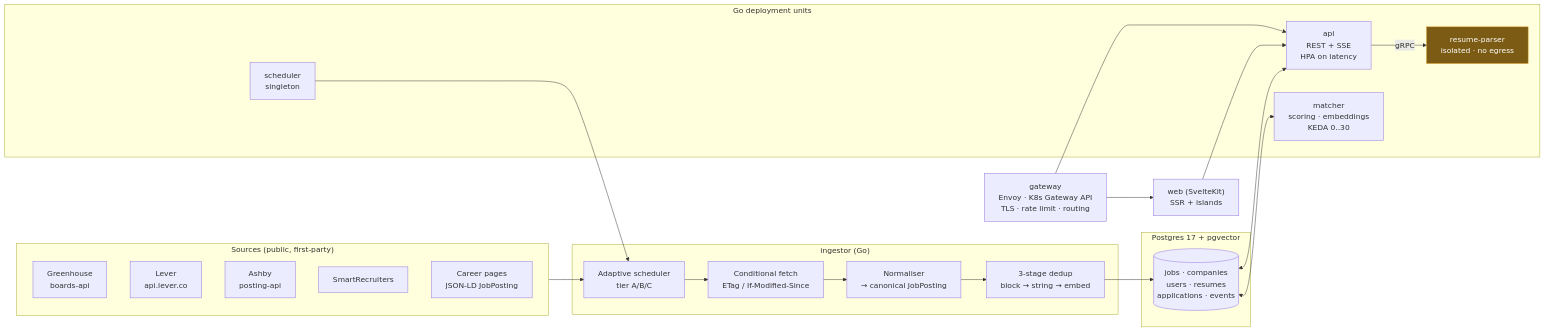
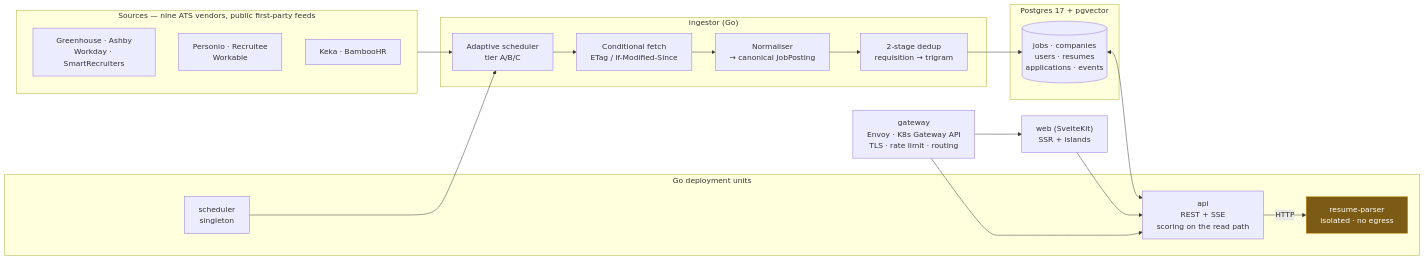
The diagram in README.md (ergodicregulus/jobtrack), drawn with Mermaid before and after one commit. The commit also changed other lines of this file and 10 other files, not shown here.

````diff
--- a/README.md
+++ b/README.md
@@ -67,41 +99,37 @@
 ```mermaid
 flowchart LR
-    subgraph sources["Sources (public, first-party)"]
-        GH["Greenhouse\nboards-api"]
-        LV["Lever\napi.lever.co"]
-        AB["Ashby\nposting-api"]
-        SR["SmartRecruiters"]
-        LD["Career pages\nJSON-LD JobPosting"]
+    subgraph sources["Sources — nine ATS vendors, public first-party feeds"]
+        GH["Greenhouse · Ashby\nWorkday · SmartRecruiters"]
+        EU["Personio · Recruitee\nWorkable"]
+        IN["Keka · BambooHR"]
     end
 
     subgraph ingest["ingestor (Go)"]
         SCHED["Adaptive scheduler\ntier A/B/C"]
         FETCH["Conditional fetch\nETag / If-Modified-Since"]
         NORM["Normaliser\n→ canonical JobPosting"]
-        DEDUP["3-stage dedup\nblock → string → embed"]
+        DEDUP["2-stage dedup\nrequisition → trigram"]
     end
 
     subgraph core["Postgres 17 + pgvector"]
         DB[("jobs · companies\nusers · resumes\napplications · events")]
     end
 
     subgraph svc["Go deployment units"]
-        API["api\nREST + SSE\nHPA on latency"]
-        MATCH["matcher\nscoring · embeddings\nKEDA 0..30"]
+        API["api\nREST + SSE\nscoring on the read path"]
         SCHEDULER["scheduler\nsingleton"]
         PARSE["resume-parser\nisolated · no egress"]
     end
 
     GW["gateway\nEnvoy · K8s Gateway API\nTLS · rate limit · routing"]
     WEB["web (SvelteKit)\nSSR + islands"]
 
     sources --> SCHED --> FETCH --> NORM --> DEDUP --> DB
     SCHEDULER --> SCHED
     DB <--> API
-    DB <--> MATCH
-    API -->|gRPC| PARSE
+    API -->|HTTP| PARSE
     GW --> WEB --> API
     GW --> API
 
     style PARSE fill:#7c5c14,stroke:#d99a1c,color:#fff
 ```
````
